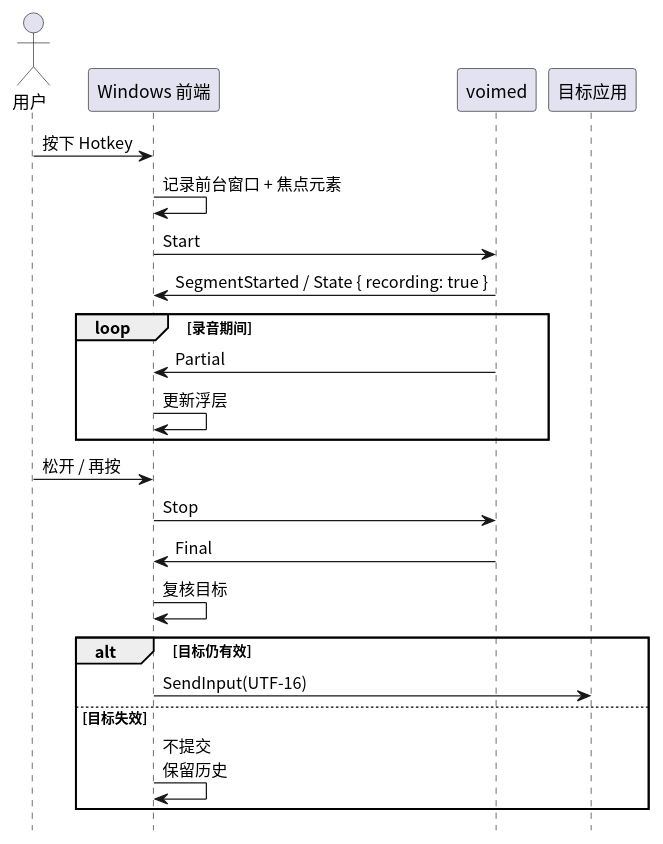
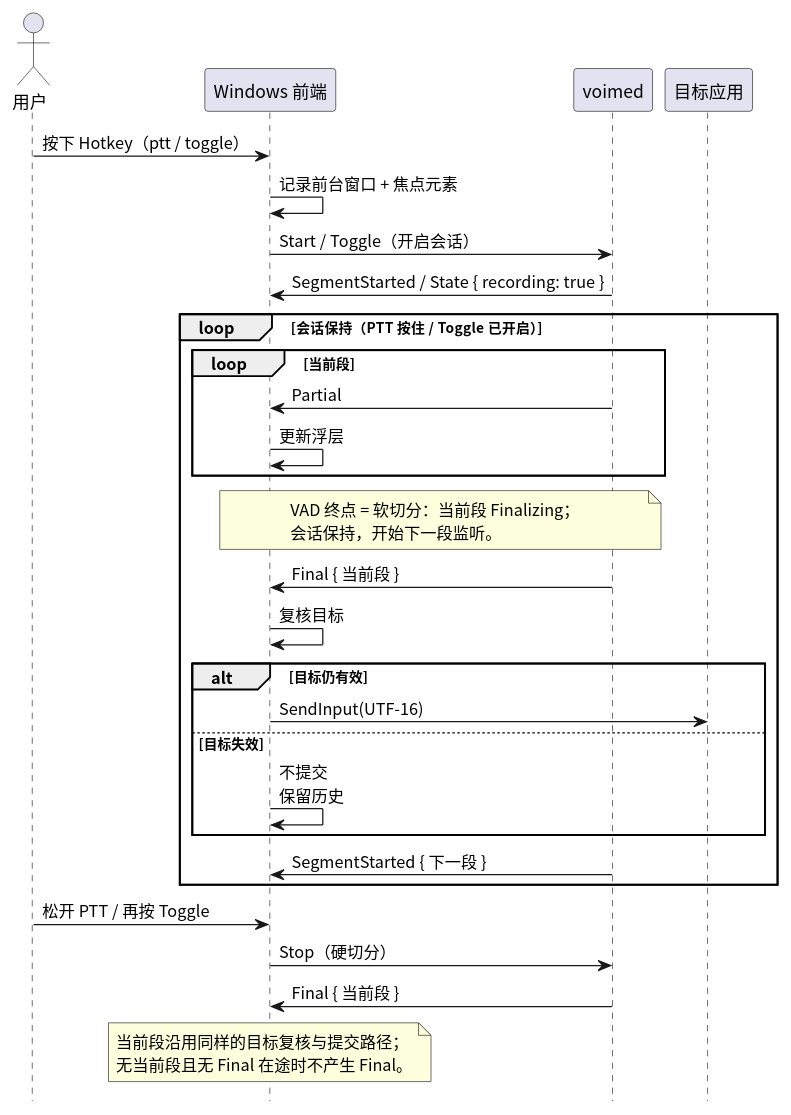
The diagram in frontends/windows/diagram/mvp-flow.puml (54m43lJ/voime), drawn with PlantUML before and after one commit. The commit also changed 39 other files, not shown here.

```diff
--- a/frontends/windows/diagram/mvp-flow.puml
+++ b/frontends/windows/diagram/mvp-flow.puml
@@ -1,30 +1,45 @@
 @startuml
 skinparam defaultFontName "Noto Sans CJK SC"
 skinparam shadowing false
 hide footbox
 
 actor "用户" as User
 participant "Windows 前端" as Frontend
 participant "voimed" as Daemon
 participant "目标应用" as App
 
-User -> Frontend : 按下 Hotkey
+User -> Frontend : 按下 Hotkey（ptt / toggle）
 Frontend -> Frontend : 记录前台窗口 + 焦点元素
-Frontend -> Daemon : Start
+Frontend -> Daemon : Start / Toggle（开启会话）
 Daemon -> Frontend : SegmentStarted / State { recording: true }
 
-loop 录音期间
-  Daemon -> Frontend : Partial
-  Frontend -> Frontend : 更新浮层
+loop 会话保持（PTT 按住 / Toggle 已开启）
+  loop 当前段
+    Daemon -> Frontend : Partial
+    Frontend -> Frontend : 更新浮层
+  end
+
+  note over Frontend, Daemon
+    VAD 终点 = 软切分：当前段 Finalizing；
+    会话保持，开始下一段监听。
+  end note
+
+  Daemon -> Frontend : Final { 当前段 }
+  Frontend -> Frontend : 复核目标
+  alt 目标仍有效
+    Frontend -> App : SendInput(UTF-16)
+  else 目标失效
+    Frontend -> Frontend : 不提交\n保留历史
+  end
+  Daemon -> Frontend : SegmentStarted { 下一段 }
 end
 
-User -> Frontend : 松开 / 再按
-Frontend -> Daemon : Stop
-Daemon -> Frontend : Final
-Frontend -> Frontend : 复核目标
-alt 目标仍有效
-  Frontend -> App : SendInput(UTF-16)
-else 目标失效
-  Frontend -> Frontend : 不提交\n保留历史
-end
+User -> Frontend : 松开 PTT / 再按 Toggle
+Frontend -> Daemon : Stop（硬切分）
+Daemon -> Frontend : Final { 当前段 }
+
+note over Frontend
+  当前段沿用同样的目标复核与提交路径；
+  无当前段且无 Final 在途时不产生 Final。
+end note
 @enduml
```
